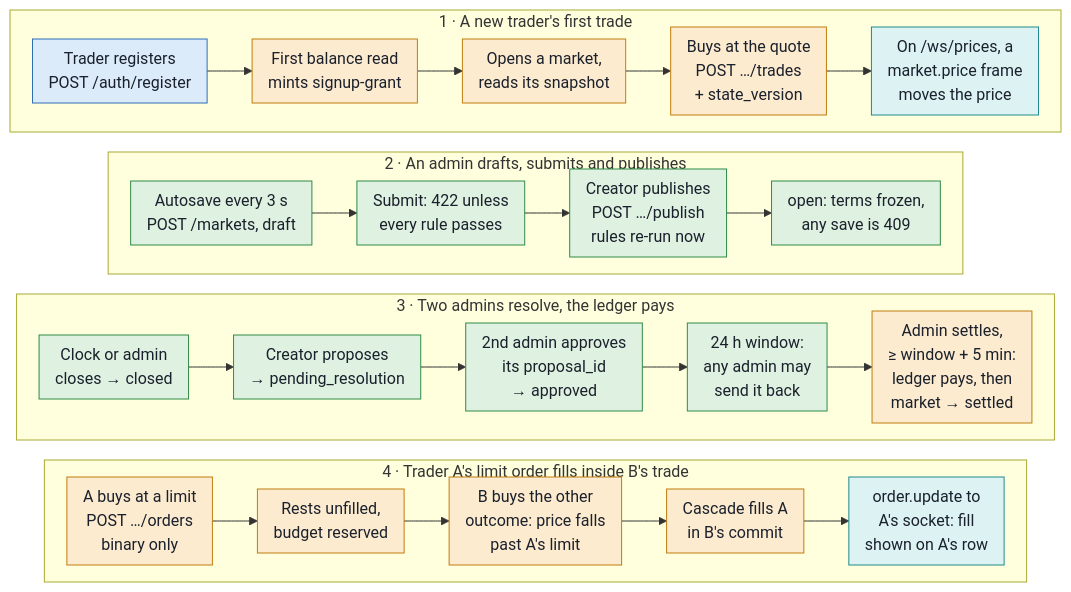
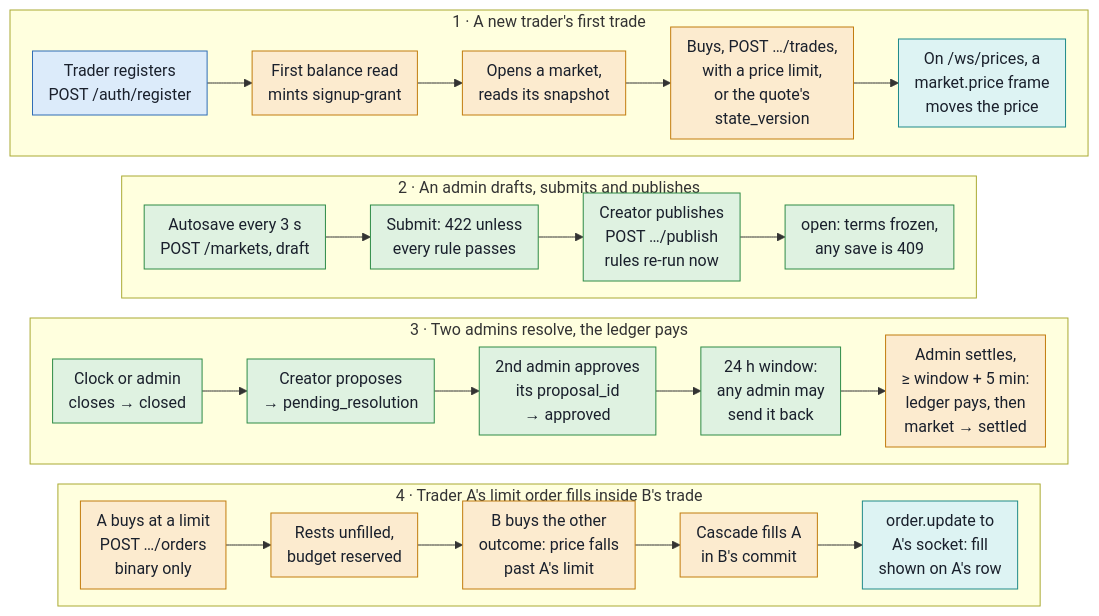
The diagram in docs/diagrams/14-user-journeys.mmd (decker757/CS464), drawn with Mermaid before and after one commit. The commit also changed 1 other file, not shown here.

Commit message:
docs(diagrams): journey 1's trade is decided by its price limit, with the quote's state_version as the fallback the panel still sends
ADR 0029. The trade panel sends no limit until [FE] #644 lands, so the
box keeps the fallback, and the caption says why.

```diff
--- a/docs/diagrams/14-user-journeys.mmd
+++ b/docs/diagrams/14-user-journeys.mmd
@@ -1,72 +1,76 @@
 %% 14 — Four user journeys, step by step
 %% Drawn from: ADR 0008, ADR 0009, ADR 0010, ADR 0011, ADR 0013, ADR 0014,
-%%   ADR 0016, ADR 0019, ADR 0023, ADR 0024,
+%%   ADR 0016, ADR 0019, ADR 0023, ADR 0024, ADR 0029,
 %%   backend/auth_service/controller/routes.py,
 %%   backend/ledger_service/controller/routes.py,
 %%   backend/ledger_service/service/ledger_service.py, service/grants.py,
 %%   service/trading.py, service/orders.py, service/settlement.py, service/bus.py,
 %%   backend/market_service/controller/routes.py,
 %%   backend/market_service/service/market_service.py, service/closing.py,
 %%   backend/market_service/core/settling.py, core/config.py,
 %%   backend/realtime_service/controller/routes.py, service/subscriptions.py,
 %%   frontend/src/context/BalanceContext.tsx, frontend/src/hooks/useMarketPrices.ts,
-%%   frontend/src/hooks/useMyOrders.ts, frontend/src/pages/admin/CreateMarketPage.tsx
+%%   frontend/src/hooks/useMyOrders.ts, frontend/src/pages/admin/CreateMarketPage.tsx,
+%%   frontend/src/components/markets/TradingPanel.tsx
 %% -
 %% Box colour = the service that handles the step. "…" stands for the
 %% service's market prefix: /ledger/markets/{id} on a ledger box,
 %% /markets/{id} on a market box. Every step exists in the code today.
+%% a4: a trade is decided by its price limit (ADR 0029). The trade panel
+%% still sends the quote's state_version instead until [FE] #644 lands,
+%% and the ledger still accepts that; then "or the quote's" goes.
 %%{init: {"flowchart": {"wrappingWidth": 200, "nodeSpacing": 14, "rankSpacing": 20, "padding": 8}}}%%
 flowchart TB
     subgraph j1["1 · A new trader's first trade"]
         direction LR
         a1["Trader registers<br/>POST /auth/register"]:::auth
         a2["First balance read<br/>mints signup-grant"]:::ledger
         a3["Opens a market,<br/>reads its snapshot"]:::ledger
-        a4["Buys at the quote<br/>POST …/trades<br/>+ state_version"]:::ledger
+        a4["Buys, POST …/trades,<br/>with a price limit,<br/>or the quote's<br/>state_version"]:::ledger
         a5["On /ws/prices, a<br/>market.price frame<br/>moves the price"]:::realtime
         a1 --> a2 --> a3 --> a4 --> a5
     end
 
     subgraph j2["2 · An admin drafts, submits and publishes"]
         direction LR
         b1["Autosave every 3 s<br/>POST /markets, draft"]:::market
         b2["Submit: 422 unless<br/>every rule passes"]:::market
         b3["Creator publishes<br/>POST …/publish<br/>rules re-run now"]:::market
         b4["open: terms frozen,<br/>any save is 409"]:::market
         b1 --> b2 --> b3 --> b4
     end
 
     subgraph j3["3 · Two admins resolve, the ledger pays"]
         direction LR
         c1["Clock or admin<br/>closes → closed"]:::market
         c2["Creator proposes<br/>→ pending_resolution"]:::market
         c3["2nd admin approves<br/>its proposal_id<br/>→ approved"]:::market
         c4["24 h window:<br/>any admin may<br/>send it back"]:::market
         c5["Admin settles,<br/>≥ window + 5 min:<br/>ledger pays, then<br/>market → settled"]:::ledger
         c1 --> c2 --> c3 --> c4 --> c5
     end
 
     subgraph j4["4 · Trader A's limit order fills inside B's trade"]
         direction LR
         d1["A buys at a limit<br/>POST …/orders<br/>binary only"]:::ledger
         d2["Rests unfilled,<br/>budget reserved"]:::ledger
         d3["B buys the other<br/>outcome: price falls<br/>past A's limit"]:::ledger
         d4["Cascade fills A<br/>in B's commit"]:::ledger
         d5["order.update to<br/>A's socket: fill<br/>shown on A's row"]:::realtime
         d1 --> d2 --> d3 --> d4 --> d5
     end
 
     j1 ~~~ j2 ~~~ j3 ~~~ j4
 
     classDef browser  fill:#F2F2F2,stroke:#555555,color:#1A202C
     classDef edge     fill:#FFF4CC,stroke:#9A7B00,color:#1A202C
     classDef auth     fill:#DCEBFA,stroke:#2F6DB5,color:#1A202C
     classDef market   fill:#DFF2E1,stroke:#2E8B47,color:#1A202C
     classDef ledger   fill:#FCEBCF,stroke:#C27C0E,color:#1A202C
     classDef audit    fill:#ECE3F7,stroke:#7048A8,color:#1A202C
     classDef realtime fill:#DDF3F3,stroke:#1F8A8A,color:#1A202C
     classDef pg       fill:#E6EBF2,stroke:#3B5068,color:#1A202C
     classDef redis    fill:#FBE0DE,stroke:#C0392B,color:#1A202C
     classDef job      fill:#FFFFFF,stroke:#4A5568,color:#1A202C,stroke-dasharray:2 2
     classDef planned  fill:#FFFFFF,stroke:#888888,color:#555555,stroke-dasharray:6 4
     classDef ext      fill:#FFFFFF,stroke:#4A5568,color:#1A202C
```
